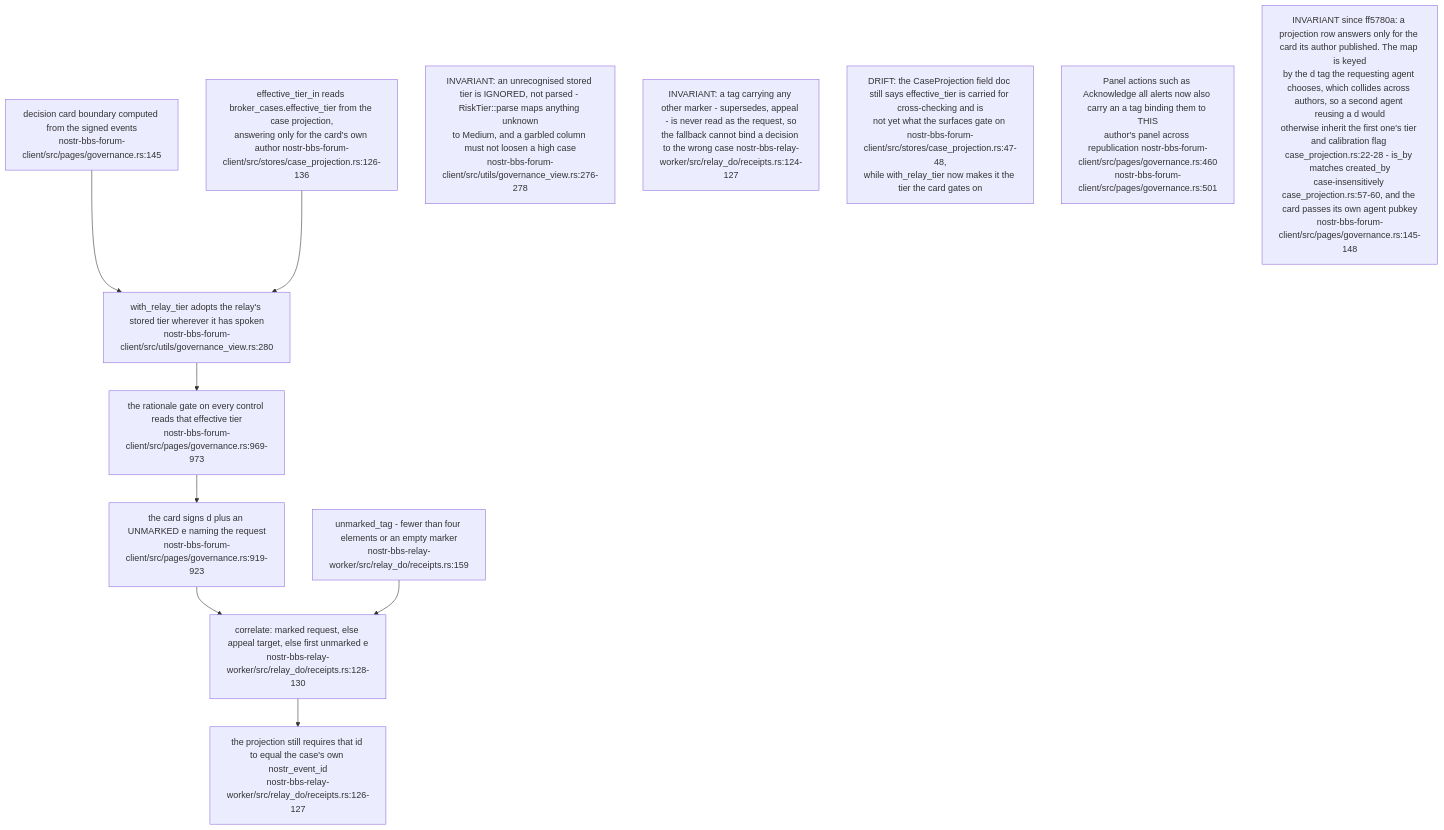
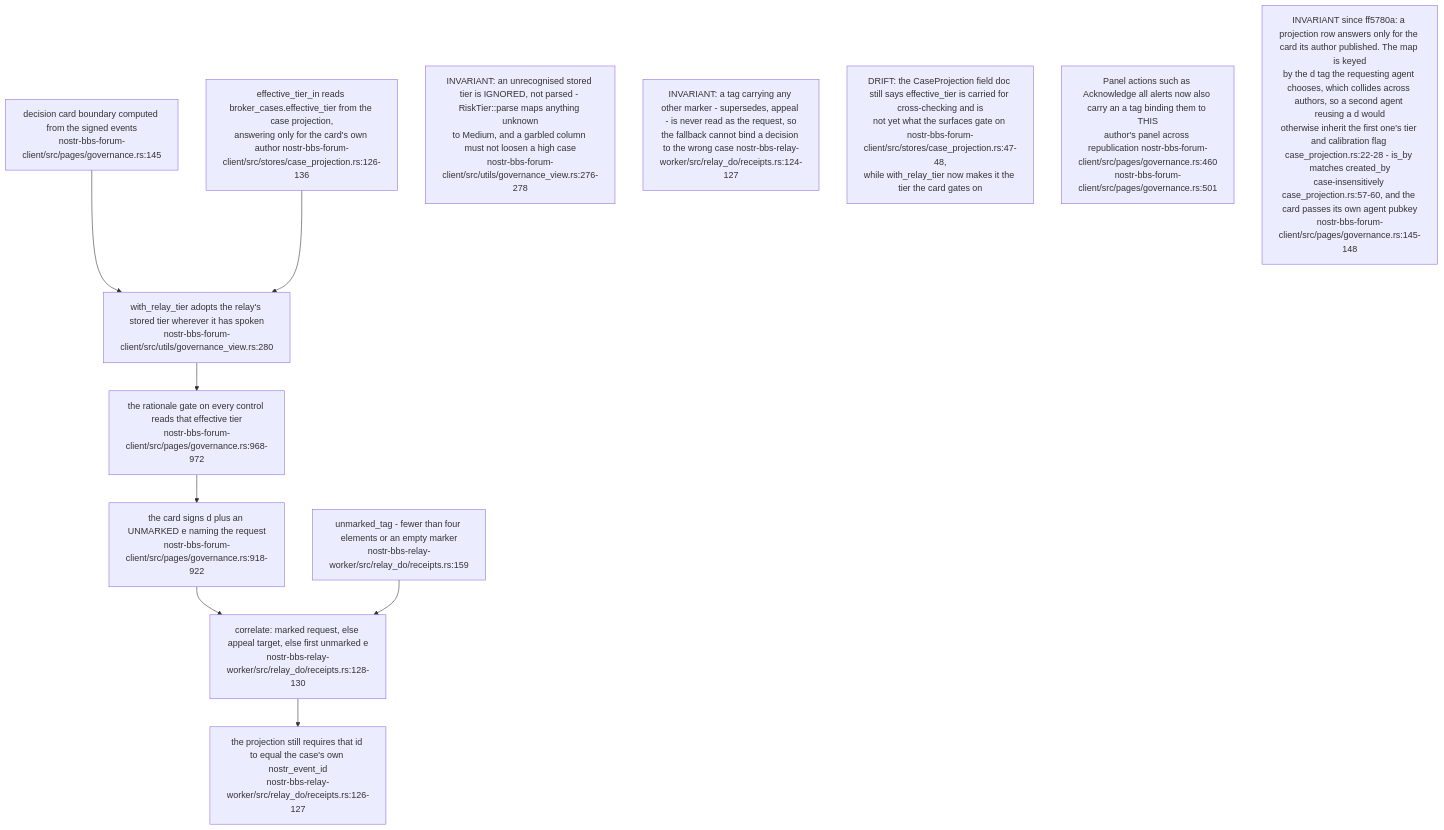
Diagram 15 of 18 in docs/diagrams/nostr-rust-forum/06-agent-control-surface-31400-31405.md (DreamLab-AI/VisionFlow), drawn with Mermaid before and after one commit. The commit also changed other lines of this file, not shown here.

First line of the commit message:
docs(diagrams): NF-06 re-verified at nostr-rust-forum af4f0d5

````diff
--- a/docs/diagrams/nostr-rust-forum/06-agent-control-surface-31400-31405.md
+++ b/docs/diagrams/nostr-rust-forum/06-agent-control-surface-31400-31405.md
@@ -431,21 +431,21 @@
 ```mermaid
 flowchart TB
     CARD["decision card boundary computed from the signed events<br/>nostr-bbs-forum-client/src/pages/governance.rs:145"]
     TIERIN["effective_tier_in reads broker_cases.effective_tier from the case projection,<br/>answering only for the card's own author nostr-bbs-forum-client/src/stores/case_projection.rs:126-136"]
     WITH["with_relay_tier adopts the relay's stored tier wherever it has spoken<br/>nostr-bbs-forum-client/src/utils/governance_view.rs:280"]
-    GATE["the rationale gate on every control reads that effective tier<br/>nostr-bbs-forum-client/src/pages/governance.rs:969-973"]
-    PUB["the card signs d plus an UNMARKED e naming the request<br/>nostr-bbs-forum-client/src/pages/governance.rs:919-923"]
+    GATE["the rationale gate on every control reads that effective tier<br/>nostr-bbs-forum-client/src/pages/governance.rs:968-972"]
+    PUB["the card signs d plus an UNMARKED e naming the request<br/>nostr-bbs-forum-client/src/pages/governance.rs:918-922"]
     CORR["correlate: marked request, else appeal target, else first unmarked e<br/>nostr-bbs-relay-worker/src/relay_do/receipts.rs:128-130"]
     UNM["unmarked_tag - fewer than four elements or an empty marker<br/>nostr-bbs-relay-worker/src/relay_do/receipts.rs:159"]
     BIND["the projection still requires that id to equal the case's own nostr_event_id<br/>nostr-bbs-relay-worker/src/relay_do/receipts.rs:126-127"]
 
     CARD --> WITH
     TIERIN --> WITH --> GATE --> PUB --> CORR
     UNM --> CORR --> BIND
 
     N1["INVARIANT: an unrecognised stored tier is IGNORED, not parsed - RiskTier::parse maps anything unknown<br/>to Medium, and a garbled column must not loosen a high case<br/>nostr-bbs-forum-client/src/utils/governance_view.rs:276-278"]
     N2["INVARIANT: a tag carrying any other marker - supersedes, appeal - is never read as the request, so<br/>the fallback cannot bind a decision to the wrong case nostr-bbs-relay-worker/src/relay_do/receipts.rs:124-127"]
     N3["DRIFT: the CaseProjection field doc still says effective_tier is carried for cross-checking and is<br/>not yet what the surfaces gate on nostr-bbs-forum-client/src/stores/case_projection.rs:47-48,<br/>while with_relay_tier now makes it the tier the card gates on"]
     N4["Panel actions such as Acknowledge all alerts now also carry an a tag binding them to THIS<br/>author's panel across republication nostr-bbs-forum-client/src/pages/governance.rs:460<br/>nostr-bbs-forum-client/src/pages/governance.rs:501"]
     N5["INVARIANT since ff5780a: a projection row answers only for the card its author published. The map is keyed<br/>by the d tag the requesting agent chooses, which collides across authors, so a second agent reusing a d would<br/>otherwise inherit the first one's tier and calibration flag case_projection.rs:22-28 - is_by matches created_by<br/>case-insensitively case_projection.rs:57-60, and the card passes its own agent pubkey<br/>nostr-bbs-forum-client/src/pages/governance.rs:145-148"]
 ```
````
